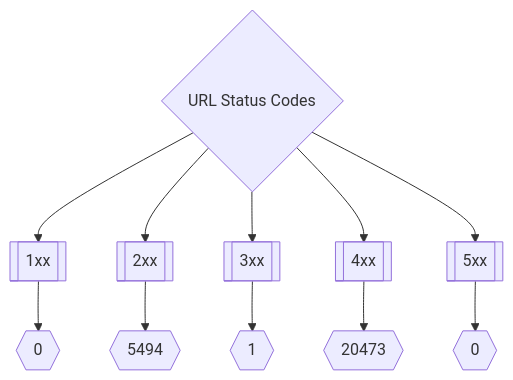
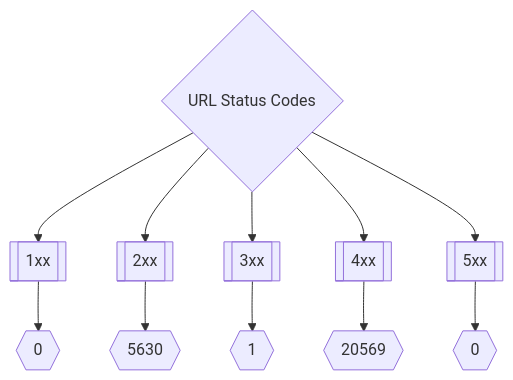
The second of 3 diagrams in README.md (trickest/inventory), drawn with Mermaid before and after one commit. The commit also changed other lines of this file and 90 other files, not shown here.

````diff
--- a/README.md
+++ b/README.md
@@ -173,8 +173,8 @@
 ```mermaid
 graph TD
 title{URL Status Codes} --> 1xx[[1xx]] --> status1xxNum{{0}}
-title --> 2xx[[2xx]] --> status2xxNum{{5494}}
+title --> 2xx[[2xx]] --> status2xxNum{{5630}}
 title --> 3xx[[3xx]] --> status3xxNum{{1}}
-title --> 4xx[[4xx]] --> status4xxNum{{20473}}
+title --> 4xx[[4xx]] --> status4xxNum{{20569}}
 title --> 5xx[[5xx]] --> status5xxNum{{0}}
 ```
````
